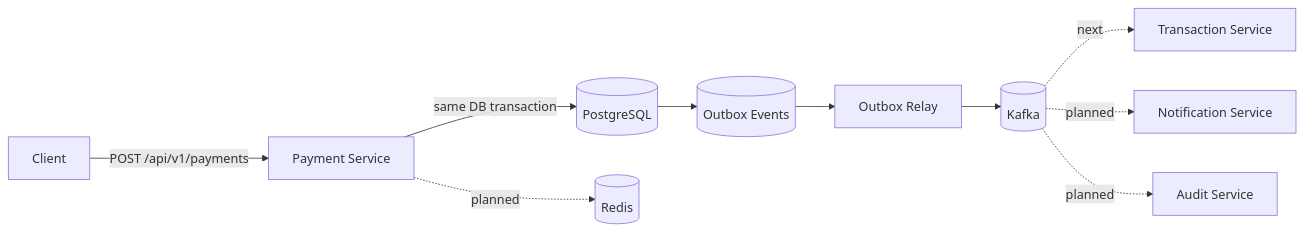
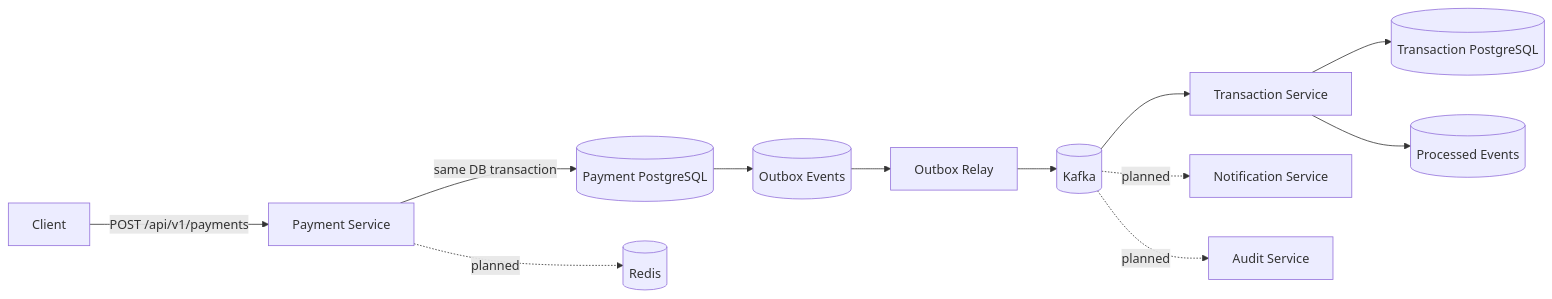
The diagram in README.md (Charithaa07/Event-driven-payment-platform), drawn with Mermaid before and after one commit. The commit also changed other lines of this file, not shown here.

Commit message:
docs: document idempotent transaction consumer

````diff
--- a/README.md
+++ b/README.md
@@ -13,12 +13,14 @@
 ```mermaid
 flowchart LR
     C[Client] -->|POST /api/v1/payments| P[Payment Service]
-    P -->|same DB transaction| PG[(PostgreSQL)]
+    P -->|same DB transaction| PG[(Payment PostgreSQL)]
     PG --> O[(Outbox Events)]
     O --> RLY[Outbox Relay]
     RLY --> K[(Kafka)]
+    K --> T[Transaction Service]
+    T --> TG[(Transaction PostgreSQL)]
+    T --> PE[(Processed Events)]
     P -. planned .-> R[(Redis)]
-    K -. next .-> T[Transaction Service]
     K -. planned .-> N[Notification Service]
     K -. planned .-> A[Audit Service]
 ```
````
